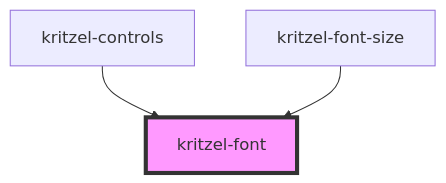
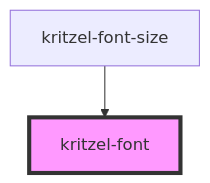
The diagram in libs/kritzel-stencil/src/components/shared/kritzel-font/readme.md (kasual1/kritzel), drawn with Mermaid before and after one commit. The commit also changed other lines of this file and 8 other files, not shown here.

````diff
--- a/libs/kritzel-stencil/src/components/shared/kritzel-font/readme.md
+++ b/libs/kritzel-stencil/src/components/shared/kritzel-font/readme.md
@@ -25,6 +24,5 @@
 ```mermaid
 graph TD;
-  kritzel-controls --> kritzel-font
   kritzel-font-size --> kritzel-font
   style kritzel-font fill:#f9f,stroke:#333,stroke-width:4px
 ```
````
